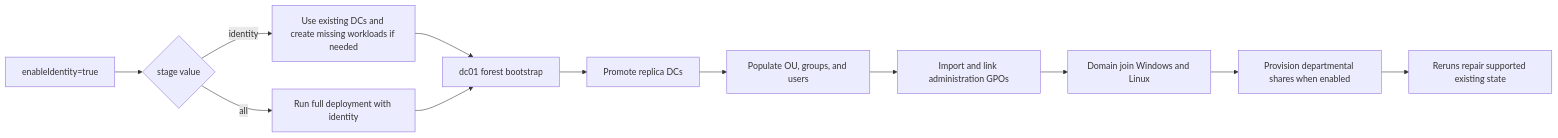
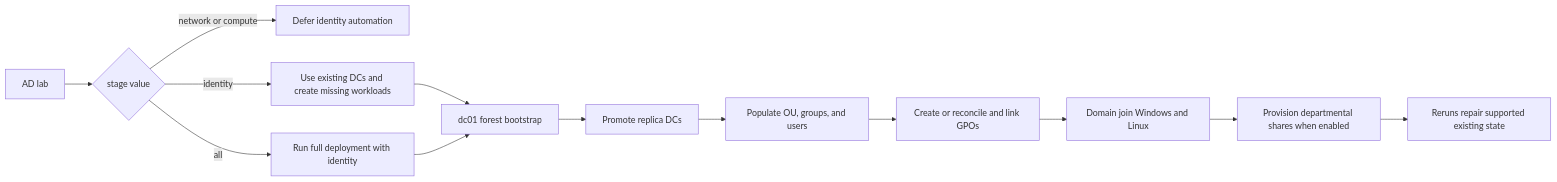
The diagram in docs/identity-and-domain-join.md (andriesdutoit-svg/azure-multiregion-lab), drawn with Mermaid before and after one commit. The commit also changed other lines of this file and 29 other files, not shown here.

````diff
--- a/docs/identity-and-domain-join.md
+++ b/docs/identity-and-domain-join.md
@@ -34,14 +34,15 @@
 ```mermaid
 flowchart LR
-  A[enableIdentity=true] --> B{stage value}
-        B -->|identity| C[Use existing DCs and create missing workloads if needed]
+        A[AD lab] --> B{stage value}
+        B -->|network or compute| L[Defer identity automation]
+        B -->|identity| C[Use existing DCs and create missing workloads]
   B -->|all| D[Run full deployment with identity]
   C --> E[dc01 forest bootstrap]
   D --> E
   E --> F[Promote replica DCs]
   F --> G[Populate OU, groups, and users]
-  G --> K[Import and link administration GPOs]
+        G --> K[Create or reconcile and link GPOs]
   K --> H[Domain join Windows and Linux]
         H --> I[Provision departmental shares when enabled]
         I --> J[Reruns repair supported existing state]
 ```
````
